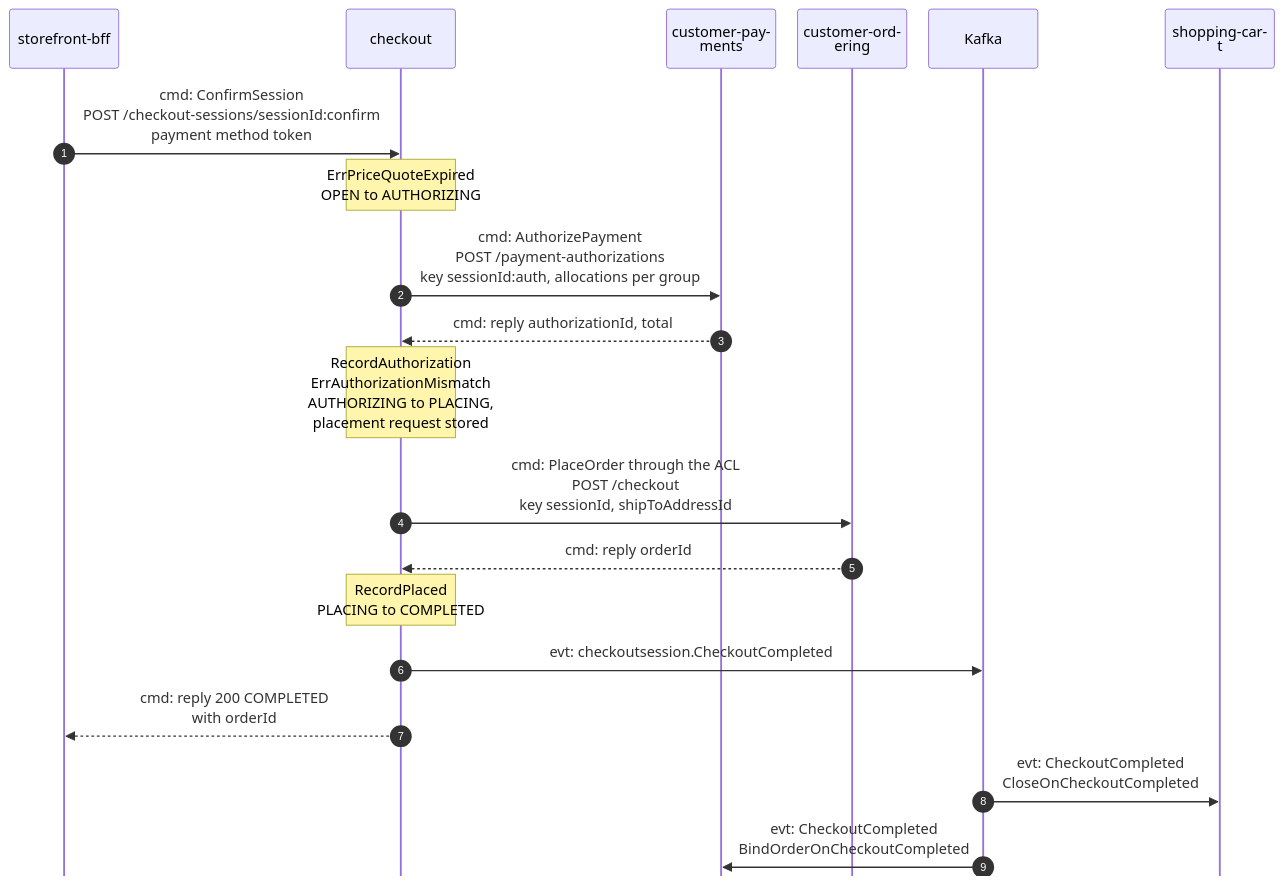
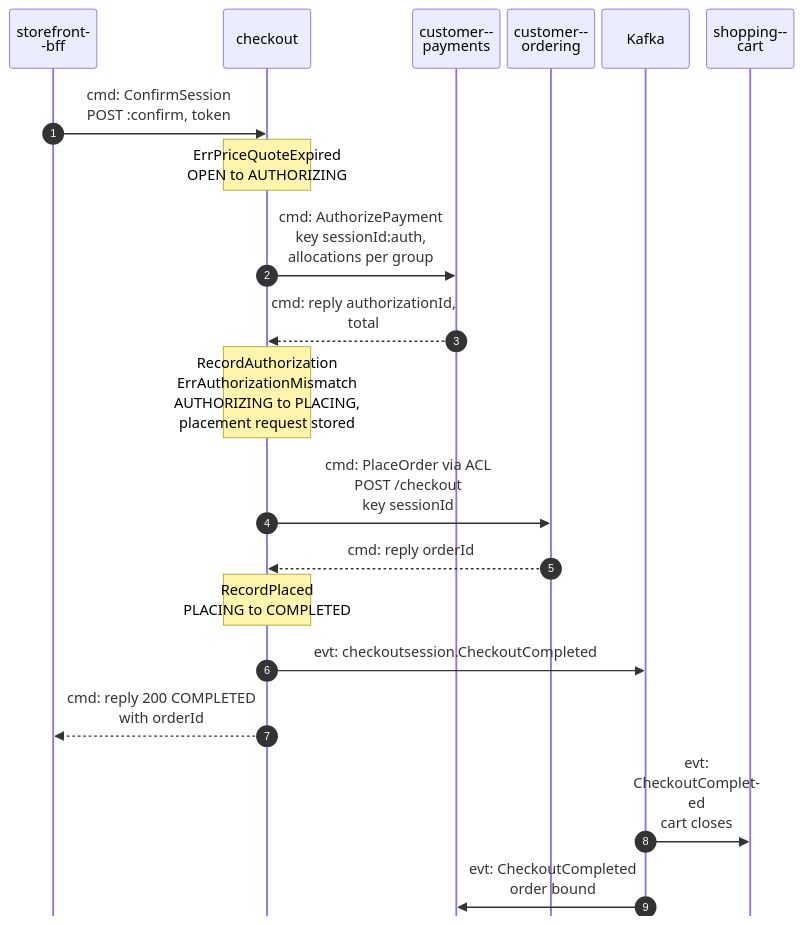
The second of 5 diagrams in storefront/docs/contexts/checkout/domain-message-flow.md (IQVO/warehouse-docs), drawn with Mermaid before and after one commit. The commit also changed other lines of this file and 1 other file, not shown here.

Commit message:
docs(storefront): checkout pack diagram widths

````diff
--- a/storefront/docs/contexts/checkout/domain-message-flow.md
+++ b/storefront/docs/contexts/checkout/domain-message-flow.md
@@ -66,23 +66,23 @@
 ```mermaid
-%%{init: {"sequence": {"wrap": true, "width": 120, "actorMargin": 24, "messageMargin": 28, "boxMargin": 6, "noteMargin": 6, "mirrorActors": false}}}%%
+%%{init: {"sequence": {"wrap": true, "width": 96, "actorMargin": 8, "messageMargin": 28, "boxMargin": 6, "noteMargin": 6, "mirrorActors": false}}}%%
 sequenceDiagram
     autonumber
     participant BFF as storefront-bff
     participant CK as checkout
     participant CP as customer-payments
     participant CO as customer-ordering
     participant K as Kafka
     participant SC as shopping-cart
-    BFF->>CK: cmd: ConfirmSession<br/>POST /checkout-sessions/sessionId:confirm<br/>payment method token
+    BFF->>CK: cmd: ConfirmSession<br/>POST :confirm, token
     Note over CK: ErrPriceQuoteExpired<br/>OPEN to AUTHORIZING
-    CK->>CP: cmd: AuthorizePayment<br/>POST /payment-authorizations<br/>key sessionId:auth, allocations per group
+    CK->>CP: cmd: AuthorizePayment<br/>key sessionId:auth,<br/>allocations per group
     CP-->>CK: cmd: reply authorizationId, total
     Note over CK: RecordAuthorization<br/>ErrAuthorizationMismatch<br/>AUTHORIZING to PLACING,<br/>placement request stored
-    CK->>CO: cmd: PlaceOrder through the ACL<br/>POST /checkout<br/>key sessionId, shipToAddressId
+    CK->>CO: cmd: PlaceOrder via ACL<br/>POST /checkout<br/>key sessionId
     CO-->>CK: cmd: reply orderId
     Note over CK: RecordPlaced<br/>PLACING to COMPLETED
     CK->>K: evt: checkoutsession.CheckoutCompleted
     CK-->>BFF: cmd: reply 200 COMPLETED<br/>with orderId
-    K->>SC: evt: CheckoutCompleted<br/>CloseOnCheckoutCompleted
-    K->>CP: evt: CheckoutCompleted<br/>BindOrderOnCheckoutCompleted
+    K->>SC: evt: CheckoutCompleted<br/>cart closes
+    K->>CP: evt: CheckoutCompleted<br/>order bound
 ```
````
